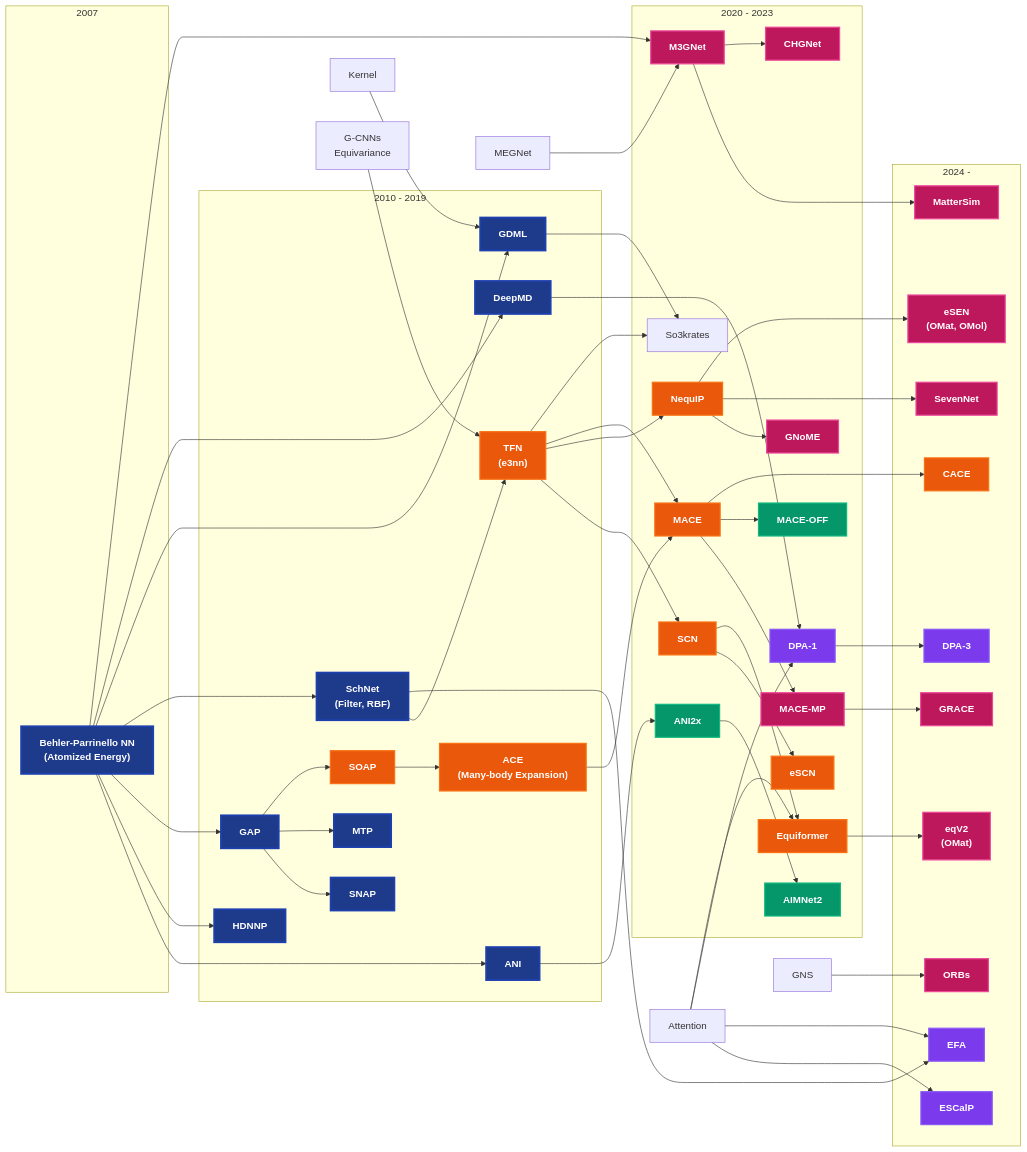
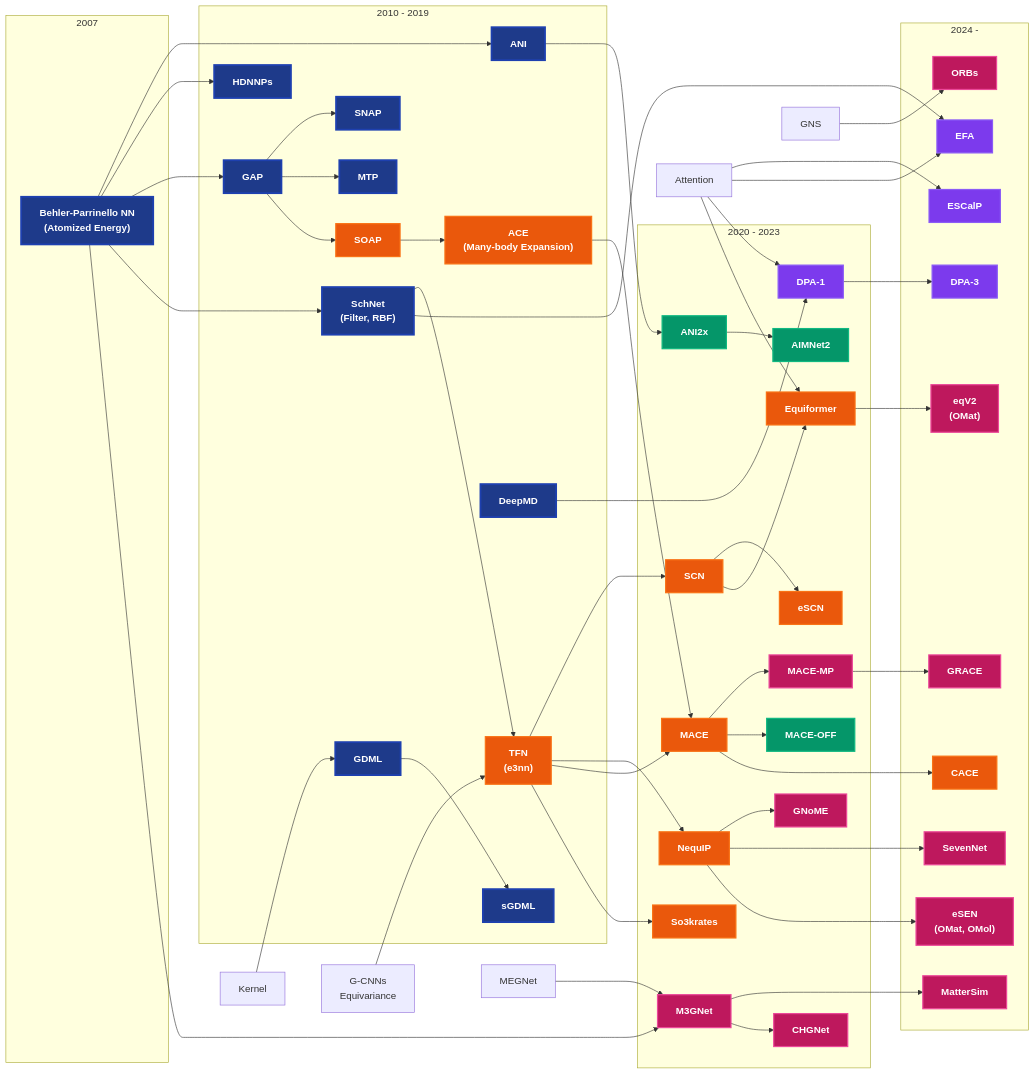
The diagram in README.md (chiang-yuan/awesome-mlip), drawn with Mermaid before and after one commit.

Commit message:
add links

````diff
--- a/README.md
+++ b/README.md
@@ -17,29 +17,30 @@
         TFN["TFN<br/>(e3nn)"]
         ACE["ACE<br/>(Many-body Expansion)"]
         GDML[GDML]
-        DeepMD[DeepMD]
         GAP[GAP]
         SNAP[SNAP]
         MTP[MTP]
-        HDNNP[HDNNP]
+        HDNNP[HDNNPs]
         ANI[ANI]
+        DeepMD[DeepMD]
+        sGDML[sGDML]
     end
 
     subgraph "2020 - 2023"
-        So3krates
         M3GNet[M3GNet]
         CHGNet[CHGNet]
         SCN[SCN]
         eSCN[eSCN]
         Equiformer[Equiformer]
+        NequIP[NequIP]
         MACE[MACE]
         MACE-MP["MACE-MP"]
-        MACE-OFF["MACE-OFF"]
-        NequIP[NequIP]
+        MACE-OFF["MACE-OFF"] 
         ANI2x[ANI2x]
         AIMNet2[AIMNet2]
         GNoME[GNoME]
         DPA1["DPA-1"]
+        So3krates
     end
 
     subgraph "2024 - "
@@ -60,10 +61,8 @@
     BP --> HDNNP
     BP --> GAP --> SNAP
     BP --> SchNet --> TFN
-    BP --> GDML
-    BP --> DeepMD
     BP --> M3GNet
-    Kernel --> GDML --> So3krates
+    Kernel --> GDML --> sGDML
 
     GAP --> MTP
     GAP --> SOAP --> ACE --> MACE 
@@ -97,16 +96,23 @@
     classDef equivariance fill:#ea580c,stroke:#f97316,stroke-width:2px,color:#fff,font-weight:bold
     classDef universal fill:#be185d,stroke:#ec4899,stroke-width:2px,color:#fff,font-weight:bold
 
-    class BP,ANI,HDNNP,GAP,SNAP,MTP,SchNet,DeepMD,GDML architecture
-    class SOAP,TFN,ACE,MACE,NequIP,Equiformer,eqV2,eSCN,eSEN,SCN,CACE,Equivariant equivariance
+    class BP,ANI,HDNNP,GAP,SNAP,MTP,SchNet,DeepMD,GDML,sGDML architecture
+    class SOAP,TFN,ACE,MACE,NequIP,Equiformer,eqV2,eSCN,eSEN,SCN,CACE,So3krates equivariance
     class ANI2x,AIMNet2,MACE-OFF organic
     class GNoME,MACE-MP,CHGNet,M3GNet,MatterSim,GRACE,SevenNet,eqV2,eSEN,ORBs universal
     class DPA1,DPA3,ESCalP,EFA attention
 
     %% Click links
     click BP "https://doi.org/10.1103/PhysRevLett.98.146401"
+    click HDNNP "https://onlinelibrary.wiley.com/doi/full/10.1002/qua.24890"
+    click GDML "https://doi.org/10.1126/sciadv.1603015"
+    click SOAP "https://doi.org/10.1039/C6CP00415F"
     click SchNet "https://doi.org/10.48550/arXiv.1706.08566"
+    click TFN "https://arxiv.org/abs/1802.08219"
     click ACE "https://doi.org/10.1103/PhysRevB.99.014104"
+    click SCN "https://doi.org/10.48550/arXiv.2206.14331"
+    click Equiformer "https://doi.org/10.48550/arXiv.2206.11990"
+    click NequIP "https://doi.org/10.1038/s41467-022-29939-5"
     click MACE "https://arxiv.org/abs/2206.07697"
     click MACE-MP "https://arxiv.org/abs/2401.00096"
     click MACE-OFF "https://arxiv.org/abs/2312.15211"
@@ -116,4 +122,12 @@
     click ANI "https://doi.org/10.1039/C6SC05720A"
     click NEP89 "https://arxiv.org/abs/2504.21286"
     click EFA "https://arxiv.org/abs/2412.08541"
+    click M3GNet "https://doi.org/10.1038/s43588-022-00349-3"
+    click CHGNet "https://doi.org/10.1038/s42256-023-00716-3"
+    click GRACE "https://doi.org/10.48550/arXiv.2311.16326"
+    click So3krates "https://doi.org/10.48550/arXiv.2205.14276"
+    click GNoME "https://doi.org/10.1038/s41586-023-06735-9"
+    click SevenNet "https://pubs.acs.org/doi/10.1021/acs.jctc.4c00190"
+    click MatterSim "https://doi.org/10.48550/arXiv.2405.04967"
+    click GNS "https://doi.org/10.48550/arXiv.2002.09405"
 ```
````
